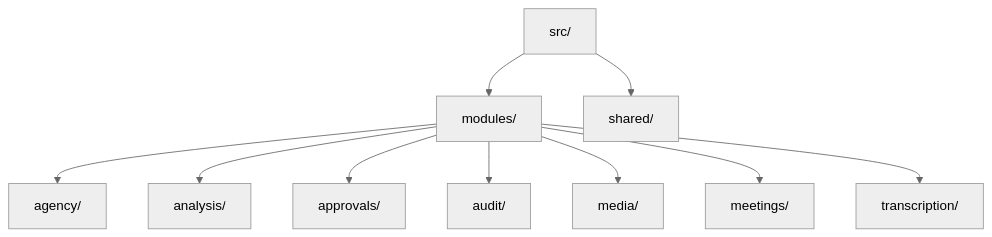
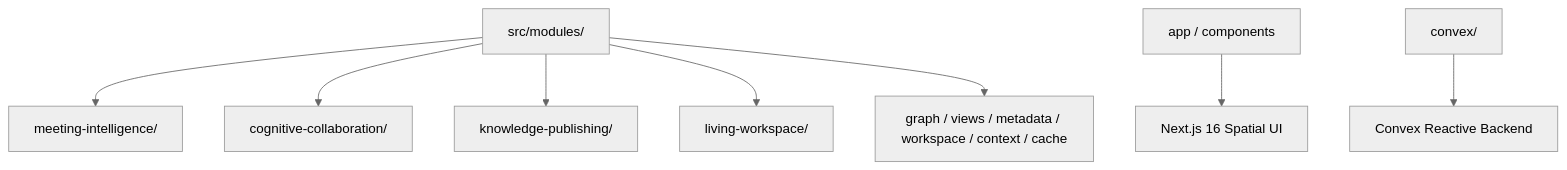
Before and after one commit to rjmad1/1_Conversa_HermesBuildathon: the diagram in docs/MODULES.md, drawn with Mermaid (neutral theme). The commit also changed other lines of this file and 265 other files, not shown here.

Commit message:
docs & core: sync enterprise platform architecture, documentation, and type-safe module test suites

````diff
--- a/docs/MODULES.md
+++ b/docs/MODULES.md
@@ -20,12 +15,11 @@
 ```mermaid
 graph TD
-    src[src/] --> modules[modules/]
-    src --> shared[shared/]
-    modules --> agency[agency/]
-    modules --> analysis[analysis/]
-    modules --> approvals[approvals/]
-    modules --> audit[audit/]
-    modules --> media[media/]
-    modules --> meetings[meetings/]
-    modules --> transcription[transcription/]
+    src[src/modules/] --> Phase1[meeting-intelligence/]
+    src --> Phase2[cognitive-collaboration/]
+    src --> Phase3[knowledge-publishing/]
+    src --> Phase4[living-workspace/]
+    src --> OS[graph / views / metadata / workspace / context / cache]
+    
+    app[app / components] --> SpatialShell[Next.js 16 Spatial UI]
+    convex[convex/] --> Schema[Convex Reactive Backend]
 ```
````
